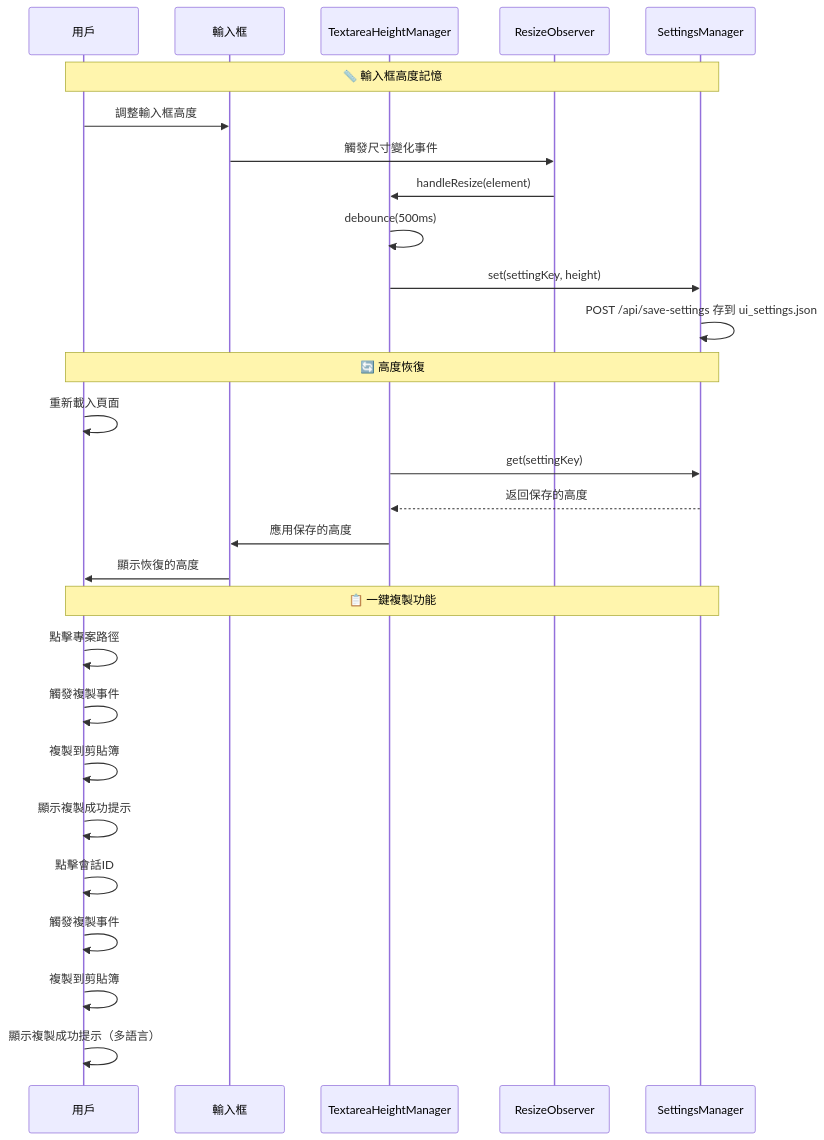
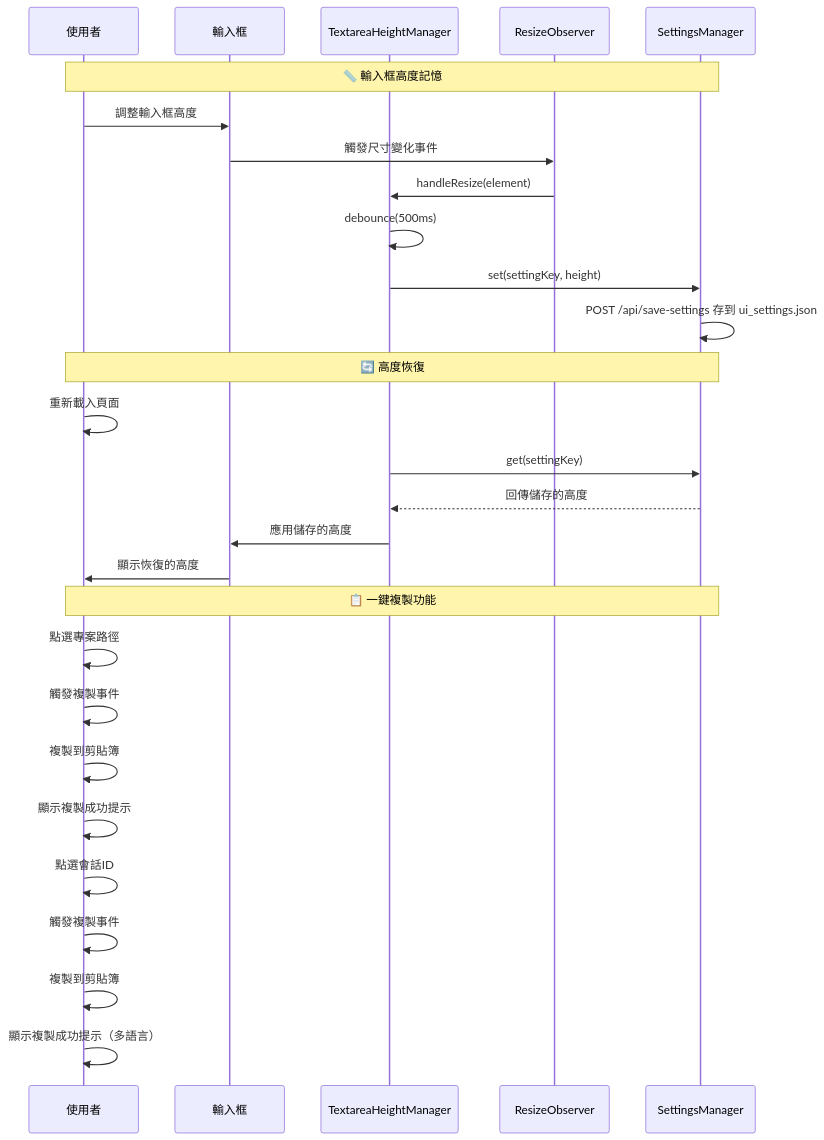
Before and after one commit to CloudEngineHub/mcp-feedback-enhanced: the tenth of 12 diagrams in docs/architecture/interaction-flows.md, drawn with Mermaid. The commit also changed other lines of this file, not shown here.

````diff
--- a/docs/architecture/interaction-flows.md
+++ b/docs/architecture/interaction-flows.md
@@ -479,34 +479,34 @@
 ```mermaid
 sequenceDiagram
-    participant User as 用戶
+    participant User as 使用者
     participant TEXTAREA as 輸入框
     participant THM as TextareaHeightManager
     participant RO as ResizeObserver
     participant SM as SettingsManager
 
     Note over User,SM: 📏 輸入框高度記憶
     User->>TEXTAREA: 調整輸入框高度
     TEXTAREA->>RO: 觸發尺寸變化事件
     RO->>THM: handleResize(element)
     THM->>THM: debounce(500ms)
     THM->>SM: set(settingKey, height)
     SM->>SM: POST /api/save-settings 存到 ui_settings.json
 
     Note over User,SM: 🔄 高度恢復
     User->>User: 重新載入頁面
     THM->>SM: get(settingKey)
-    SM-->>THM: 返回保存的高度
-    THM->>TEXTAREA: 應用保存的高度
+    SM-->>THM: 回傳儲存的高度
+    THM->>TEXTAREA: 應用儲存的高度
     TEXTAREA->>User: 顯示恢復的高度
 
     Note over User,SM: 📋 一鍵複製功能
-    User->>User: 點擊專案路徑
+    User->>User: 點選專案路徑
     User->>User: 觸發複製事件
     User->>User: 複製到剪貼簿
     User->>User: 顯示複製成功提示
 
-    User->>User: 點擊會話ID
+    User->>User: 點選會話ID
     User->>User: 觸發複製事件
     User->>User: 複製到剪貼簿
     User->>User: 顯示複製成功提示（多語言）
 ```
````
